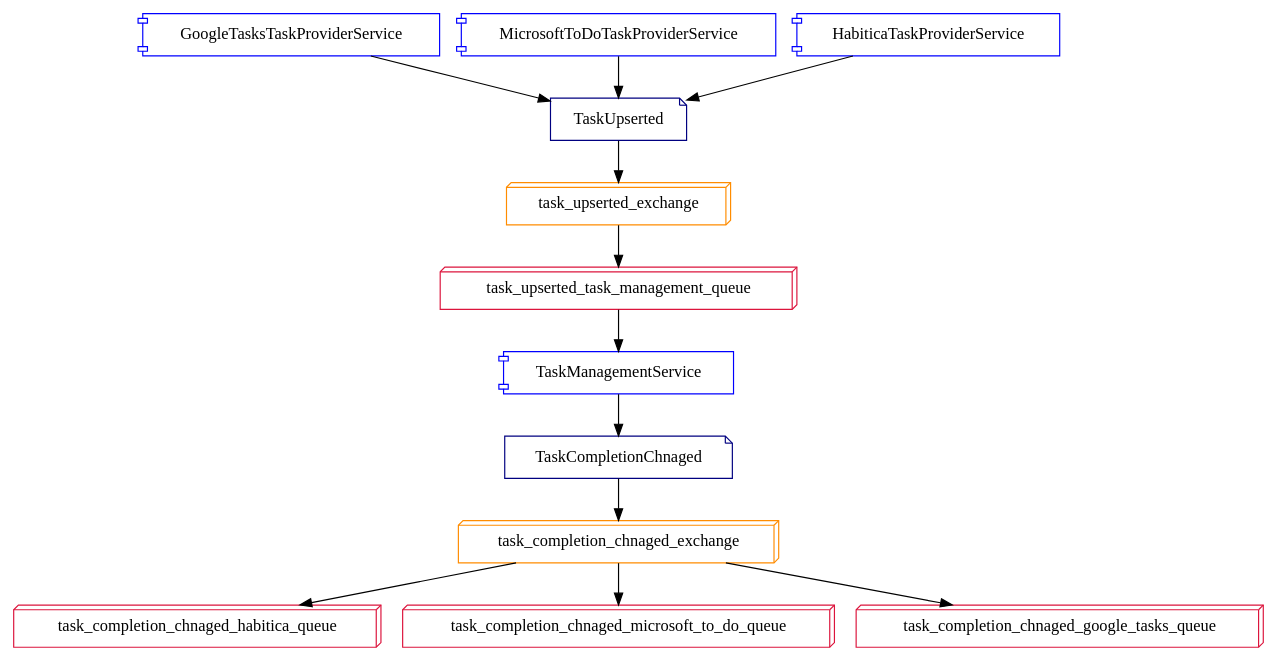
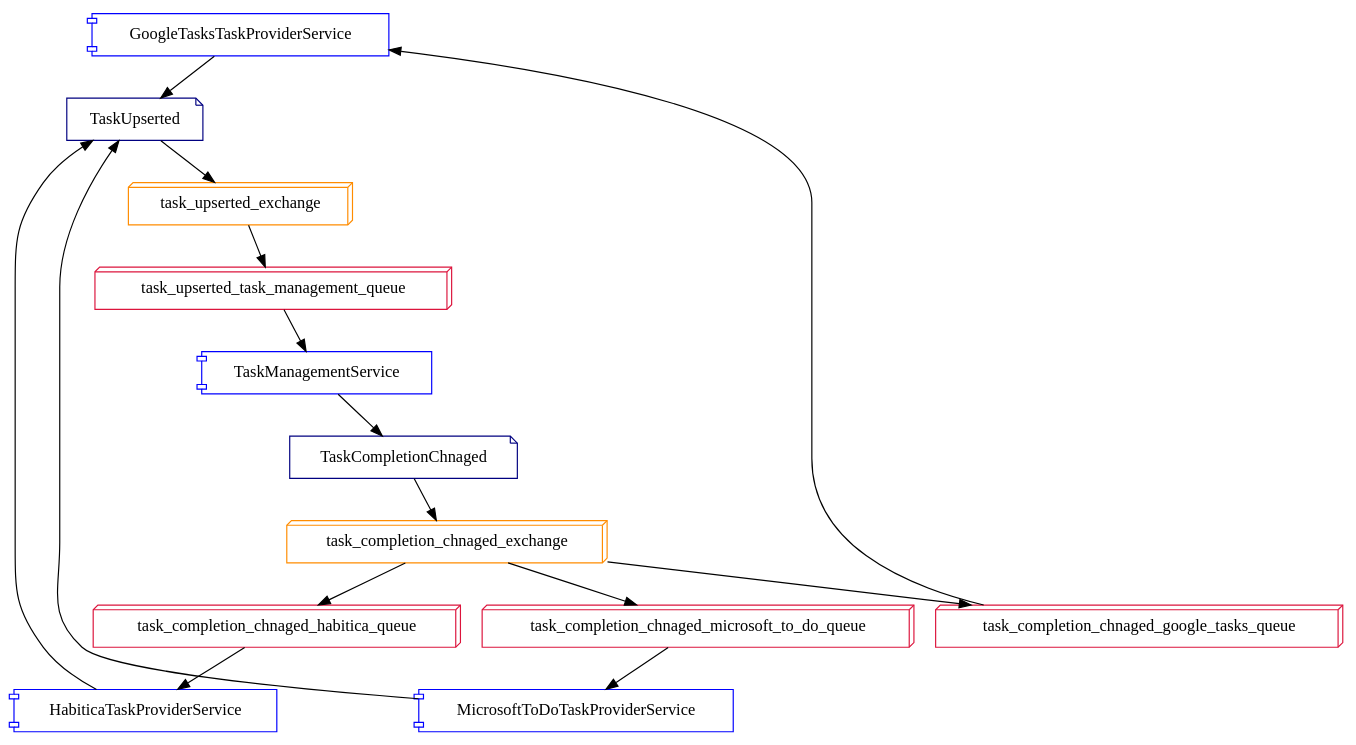
Before and after one commit to lionize/Messaging: the diagram in flow.gv, drawn with Graphviz.

```diff
--- a/flow.gv
+++ b/flow.gv
@@ -1,26 +1,29 @@
 digraph {
     GoogleTasksTaskProviderService [shape=component, color=blue]
     MicrosoftToDoTaskProviderService [shape=component, color=blue]
     HabiticaTaskProviderService [shape=component, color=blue]
     TaskManagementService [shape=component, color=blue]
     TaskUpserted [shape=note, color=navy]
     TaskCompletionChnaged [shape=note, color=navy]
     task_upserted_exchange [shape=box3d, color=darkorange]
     task_completion_chnaged_exchange [shape=box3d, color=darkorange]
     task_upserted_task_management_queue [shape=box3d, color=crimson]
     task_completion_chnaged_habitica_queue [shape=box3d, color=crimson]
     task_completion_chnaged_microsoft_to_do_queue [shape=box3d, color=crimson]
     task_completion_chnaged_google_tasks_queue [shape=box3d, color=crimson]
 
     GoogleTasksTaskProviderService -> TaskUpserted
     MicrosoftToDoTaskProviderService -> TaskUpserted
     HabiticaTaskProviderService -> TaskUpserted
     TaskUpserted -> task_upserted_exchange
     task_upserted_exchange -> task_upserted_task_management_queue
     task_upserted_task_management_queue -> TaskManagementService
     TaskManagementService -> TaskCompletionChnaged
     TaskCompletionChnaged -> task_completion_chnaged_exchange
     task_completion_chnaged_exchange -> task_completion_chnaged_habitica_queue
     task_completion_chnaged_exchange -> task_completion_chnaged_microsoft_to_do_queue
     task_completion_chnaged_exchange -> task_completion_chnaged_google_tasks_queue
+    task_completion_chnaged_habitica_queue -> HabiticaTaskProviderService
+    task_completion_chnaged_microsoft_to_do_queue -> MicrosoftToDoTaskProviderService
+    task_completion_chnaged_google_tasks_queue -> GoogleTasksTaskProviderService
 }
```
